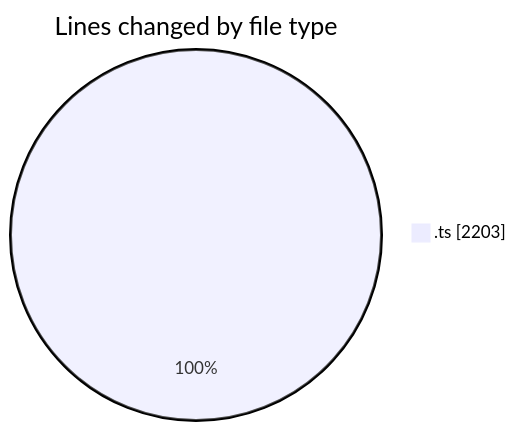
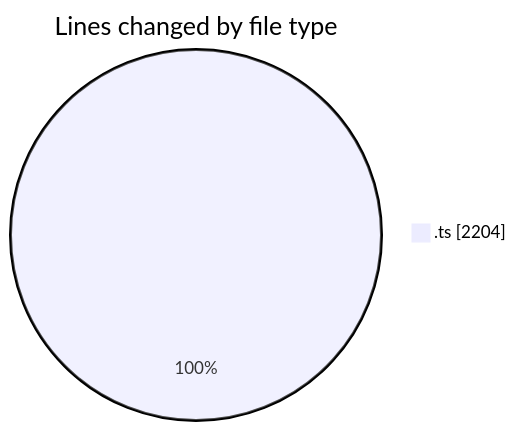
Before and after one commit to momahboobian/code-tracking: the first of 2 diagrams in 2025-10-24/cda/README.md, drawn with Mermaid. The commit also changed other lines of this file and 1 other file, not shown here.

````diff
--- a/2025-10-24/cda/README.md
+++ b/2025-10-24/cda/README.md
@@ -24,5 +24,5 @@
 ```mermaid
 pie showData
 title Lines changed by file type
-".ts" : 2203
+".ts" : 2204
 ```
````
